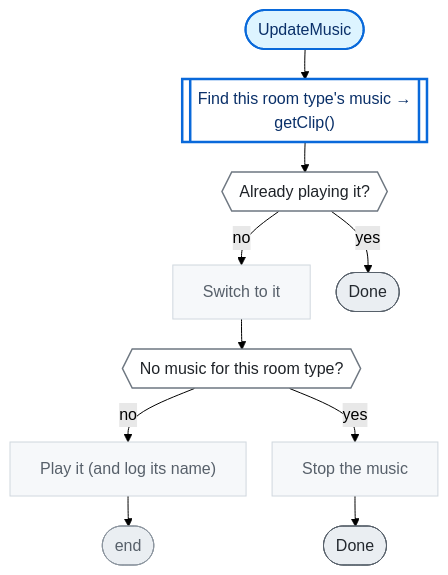
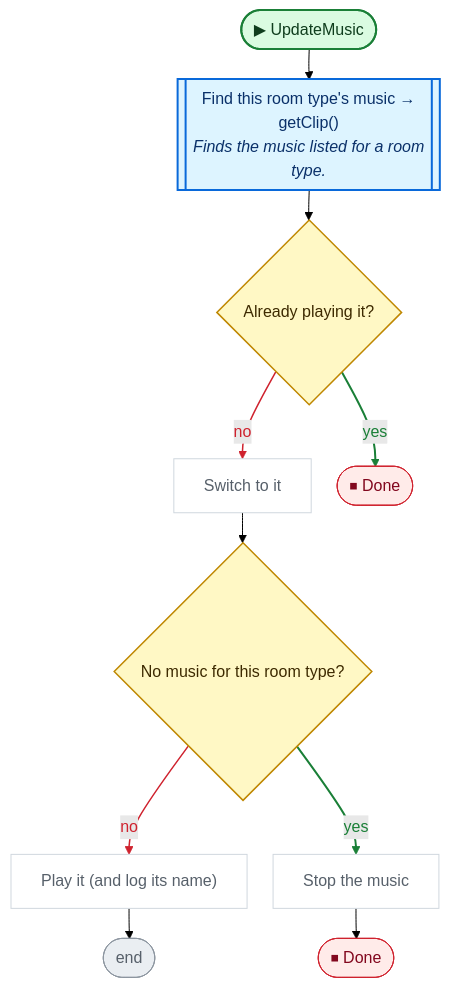
One commit to nataiai/Lord-of-the-Dungeon changed the second of 3 diagrams in CodeGraph~/graph/SoundPlayer.cs.md. Above: the diagram before and after it, drawn with Mermaid (forest theme). The commit also changed other lines of this file and 44 other files, not shown here.

````diff
--- a/CodeGraph~/graph/SoundPlayer.cs.md
+++ b/CodeGraph~/graph/SoundPlayer.cs.md
@@ -60,45 +60,53 @@
 ```mermaid
 ---
 config:
   flowchart:
     wrappingWidth: 260
     nodeSpacing: 26
     rankSpacing: 30
 ---
 flowchart TD
-  nS(["UpdateMusic"])
-  n36f7de[["Find this room type's music →<br>getClip()"]]
-  naa39bd{{"Already playing it?"}}
+  nS(["▶ UpdateMusic"])
+  n36f7de[["Find this room type's music →<br>getClip()<br><i>Finds the music listed for a room</i><br><i>type.</i>"]]
+  naa39bd{"Already playing it?"}
   n2859ea["Switch to it"]
-  nf64e6c{{"No music for this room type?"}}
+  nf64e6c{"No music for this room type?"}
   n0bb8b6["Stop the music"]
   nd3e7d9["Play it (and log its name)"]
   nE(["end"])
-  nb2e4fc(["Done"])
-  n8ac8b5(["Done"])
+  nb2e4fc(["⏹ Done"])
+  n8ac8b5(["⏹ Done"])
   nS --> n36f7de
   n36f7de --> naa39bd
   naa39bd -->|no| n2859ea
   naa39bd -->|yes| nb2e4fc
   n2859ea --> nf64e6c
   n0bb8b6 --> n8ac8b5
   nf64e6c -->|no| nd3e7d9
   nf64e6c -->|yes| n0bb8b6
   nd3e7d9 --> nE
-  classDef unity fill:#fff1c2,stroke:#9a6700,stroke-width:2px,color:#3b2300
-  classDef start fill:#ddf4ff,stroke:#0969da,stroke-width:2px,color:#0a3069
-  classDef calc fill:#f6f8fa,stroke:#d0d7de,color:#57606a
-  classDef calls fill:#ffffff,stroke:#0969da,stroke-width:2.5px,color:#0a3069
-  classDef cond fill:#ffffff,stroke:#6e7781,stroke-width:1.5px,color:#1f2328
-  classDef loop fill:#fbefff,stroke:#8250df,color:#3e1f79
-  classDef exit fill:#eaeef2,stroke:#57606a,color:#24292f
-  classDef wait fill:#fff8f0,stroke:#bc4c00,color:#4d1d00
+  linkStyle 2 stroke:#cf222e,stroke-width:1.5px,color:#cf222e
+  linkStyle 3 stroke:#1a7f37,stroke-width:2px,color:#1a7f37
+  linkStyle 6 stroke:#cf222e,stroke-width:1.5px,color:#cf222e
+  linkStyle 7 stroke:#1a7f37,stroke-width:2px,color:#1a7f37
+  classDef unity fill:#dafbe1,stroke:#1a7f37,stroke-width:2px,color:#0f3d1d
+  classDef start fill:#dafbe1,stroke:#1a7f37,stroke-width:2px,color:#0f3d1d
+  classDef calc fill:#ffffff,stroke:#d0d7de,color:#57606a
+  classDef calls fill:#ddf4ff,stroke:#0969da,stroke-width:2px,color:#0a3069
+  classDef ext fill:#ddf4ff,stroke:#0969da,stroke-width:2px,stroke-dasharray:5 3,color:#0a3069
+  classDef cond fill:#fff8c5,stroke:#bf8700,stroke-width:1.5px,color:#3d2a00
+  classDef loop fill:#f6f8fa,stroke:#57606a,color:#1f2328
+  classDef exit fill:#ffebe9,stroke:#cf222e,color:#82071e
+  classDef kill fill:#ffebe9,stroke:#cf222e,stroke-width:2px,color:#82071e
+  classDef spawn fill:#dafbe1,stroke:#1a7f37,stroke-width:2px,color:#0f3d1d
+  classDef wait fill:#fff1e5,stroke:#bc4c00,color:#4d1d00
   classDef fin fill:#eaeef2,stroke:#8c959f,color:#57606a
   classDef join fill:#d0d7de,stroke:#8c959f,color:#57606a
+  classDef ghdr fill:#f5f9ff,stroke:#f5f9ff,color:#0a3069,font-weight:bold
   class n2859ea,n0bb8b6,nd3e7d9 calc
   class n36f7de calls
   class naa39bd,nf64e6c cond
   class nb2e4fc,n8ac8b5 exit
   class nE fin
   class nS start
 ```
````
